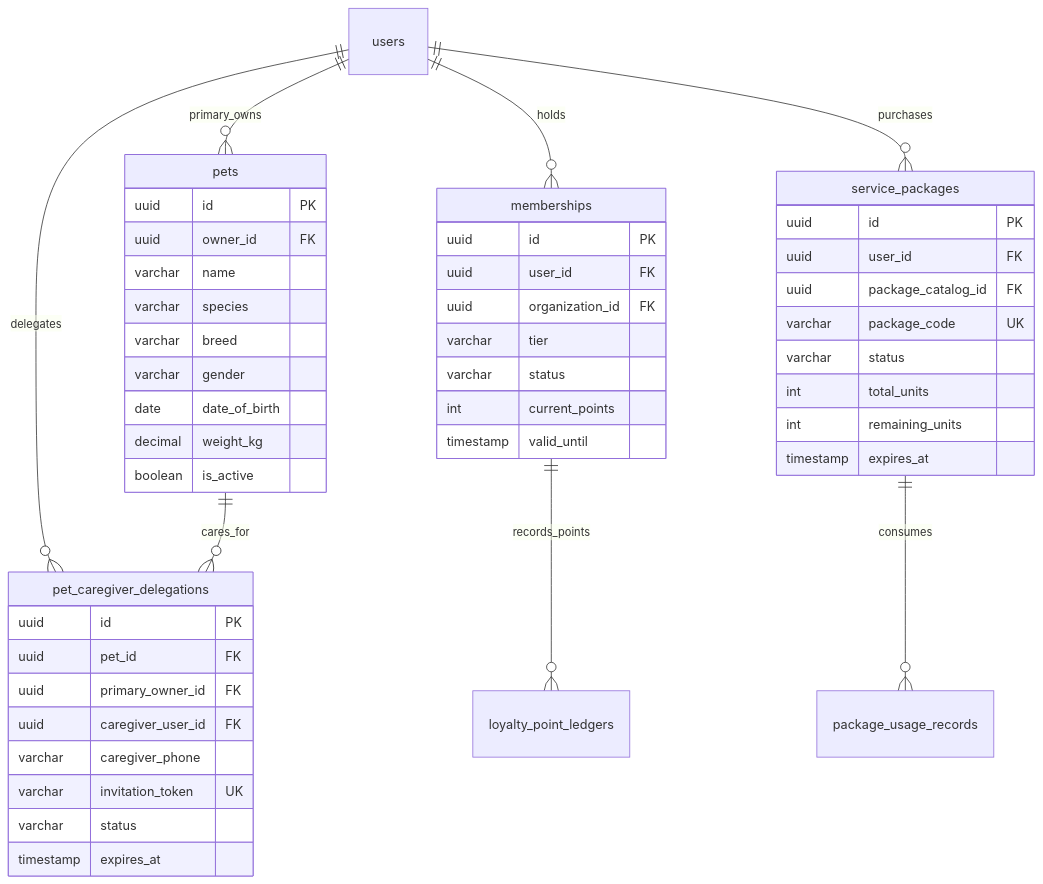
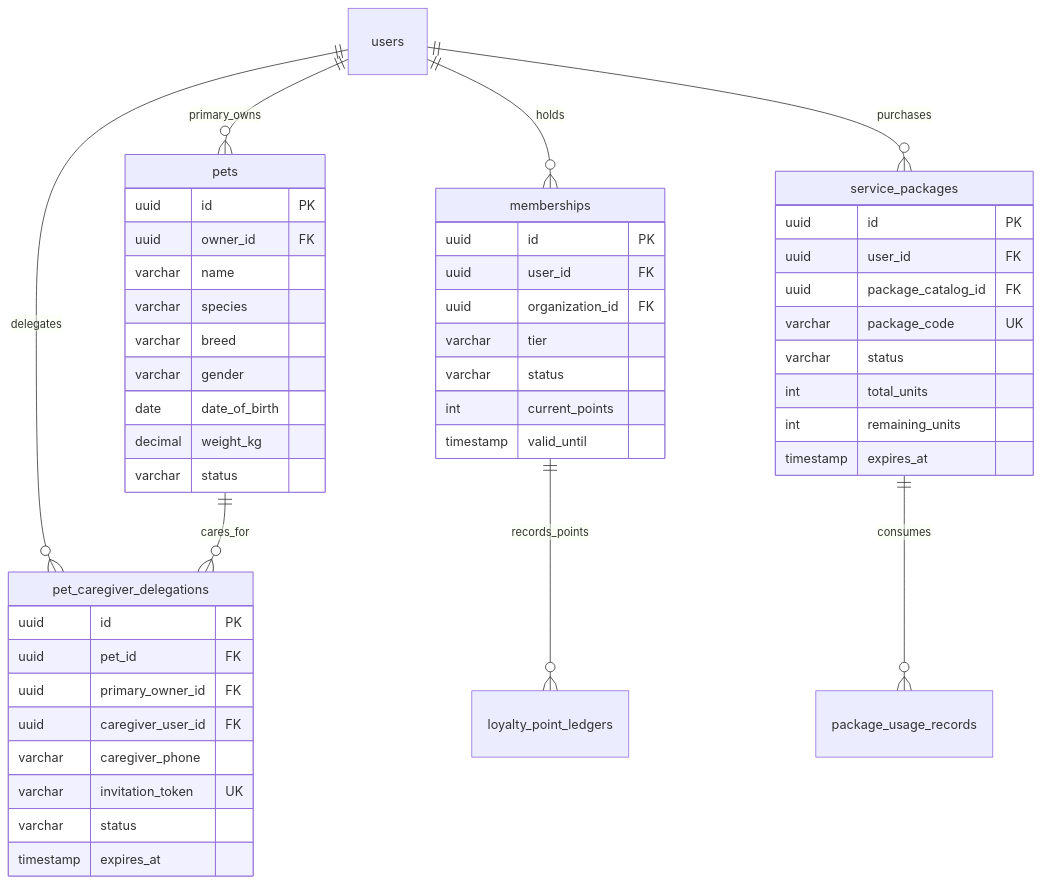
One commit to BVHC/Pet-care-new changed the second of 5 diagrams in docs/06-erd.md. Above: the diagram before and after it, drawn with Mermaid. The commit also changed other lines of this file and 9 other files, not shown here.

````diff
--- a/docs/06-erd.md
+++ b/docs/06-erd.md
@@ -96,54 +96,54 @@
 ```mermaid
 erDiagram
     users ||--o{ pets : primary_owns
     users ||--o{ pet_caregiver_delegations : delegates
     pets ||--o{ pet_caregiver_delegations : cares_for
     users ||--o{ memberships : holds
     memberships ||--o{ loyalty_point_ledgers : records_points
     users ||--o{ service_packages : purchases
     service_packages ||--o{ package_usage_records : consumes
     
     pets {
         uuid id PK
         uuid owner_id FK
         varchar name
         varchar species
         varchar breed
         varchar gender
         date date_of_birth
         decimal weight_kg
-        boolean is_active
+        varchar status
     }
     
     pet_caregiver_delegations {
         uuid id PK
         uuid pet_id FK
         uuid primary_owner_id FK
         uuid caregiver_user_id FK
         varchar caregiver_phone
         varchar invitation_token UK
         varchar status
         timestamp expires_at
     }
     
     memberships {
         uuid id PK
         uuid user_id FK
         uuid organization_id FK
         varchar tier
         varchar status
         int current_points
         timestamp valid_until
     }
     
     service_packages {
         uuid id PK
         uuid user_id FK
         uuid package_catalog_id FK
         varchar package_code UK
         varchar status
         int total_units
         int remaining_units
         timestamp expires_at
     }
 ```
````
